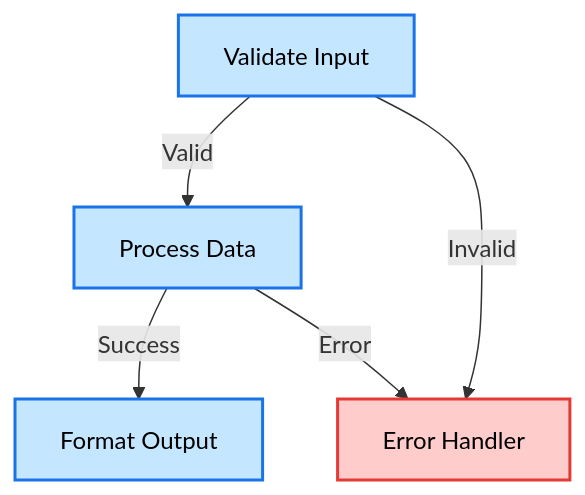
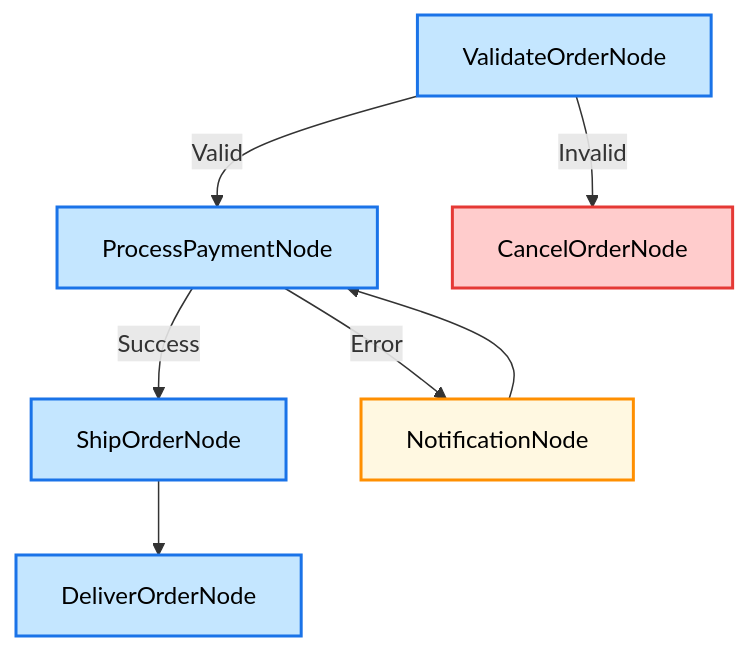
Before and after one commit to aitoroses/floxide: the second of 9 diagrams in README.md, drawn with Mermaid. The commit also changed other lines of this file and 11 other files, not shown here.

````diff
--- a/README.md
+++ b/README.md
@@ -188,11 +168,15 @@
 ```mermaid
 graph TD
-    A["Validate Input"] -->|Valid| B["Process Data"]
-    A -->|Invalid| C["Error Handler"]
-    B -->|Success| D["Format Output"]
-    B -->|Error| C
+    A["ValidateOrderNode"] -->|Valid| B["ProcessPaymentNode"]
+    A -->|Invalid| E["CancelOrderNode"]
+    B -->|Success| C["ShipOrderNode"]
+    B -->|Error| F["NotificationNode"]
+    C --> D["DeliverOrderNode"]
+    F --> B
     style A fill:#c4e6ff,stroke:#1a73e8,stroke-width:2px,color:black
     style B fill:#c4e6ff,stroke:#1a73e8,stroke-width:2px,color:black
-    style C fill:#ffcccc,stroke:#e53935,stroke-width:2px,color:black
+    style C fill:#c4e6ff,stroke:#1a73e8,stroke-width:2px,color:black
     style D fill:#c4e6ff,stroke:#1a73e8,stroke-width:2px,color:black
+    style E fill:#ffcccc,stroke:#e53935,stroke-width:2px,color:black
+    style F fill:#fff8e1,stroke:#ff8f00,stroke-width:2px,color:black
 ```
````
